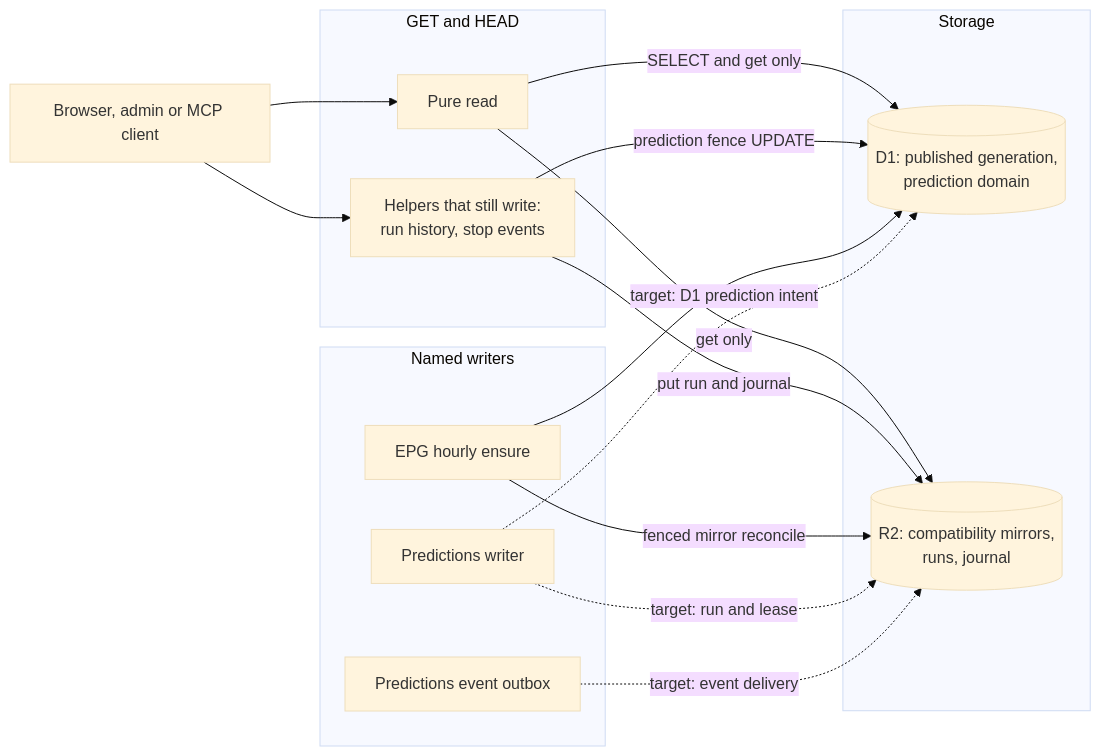
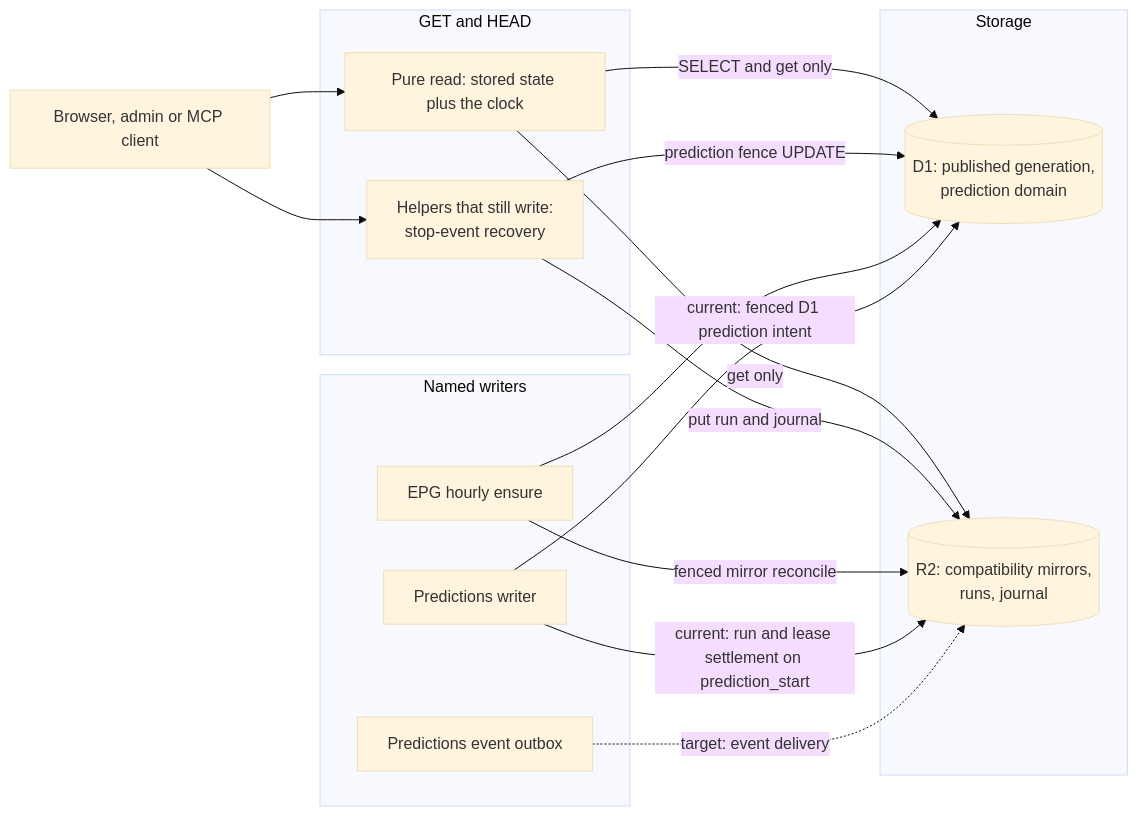
Before and after one commit to vladimino/iptv-watchlist: the diagram in docs/architecture/read-side-effects.md, drawn with Mermaid (base theme). The commit also changed other lines of this file and 19 other files, not shown here.

````diff
--- a/docs/architecture/read-side-effects.md
+++ b/docs/architecture/read-side-effects.md
@@ -5,28 +5,28 @@
 ```mermaid
 flowchart LR
     client["Browser, admin or MCP client"]
     subgraph Read["GET and HEAD"]
-        pure["Pure read"]
-        helper["Helpers that still write:<br/>run history, stop events"]
+        pure["Pure read: stored state plus the clock"]
+        helper["Helpers that still write:<br/>stop-event recovery"]
     end
     subgraph Writers["Named writers"]
         epg["EPG hourly ensure"]
         pred["Predictions writer"]
         outbox["Predictions event outbox"]
     end
     subgraph Storage["Storage"]
         d1[("D1: published generation,<br/>prediction domain")]
         r2[("R2: compatibility mirrors,<br/>runs, journal")]
     end
     client --> pure
     client --> helper
     pure -->|"SELECT and get only"| d1
     pure -->|"get only"| r2
     helper -->|"prediction fence UPDATE"| d1
     helper -->|"put run and journal"| r2
     epg -->|"fenced mirror reconcile"| r2
     epg --> d1
-    pred -.->|"target: run and lease"| r2
-    pred -.->|"target: D1 prediction intent"| d1
+    pred -->|"current: run and lease settlement on prediction_start"| r2
+    pred -->|"current: fenced D1 prediction intent"| d1
     outbox -.->|"target: event delivery"| r2
 ```
````
